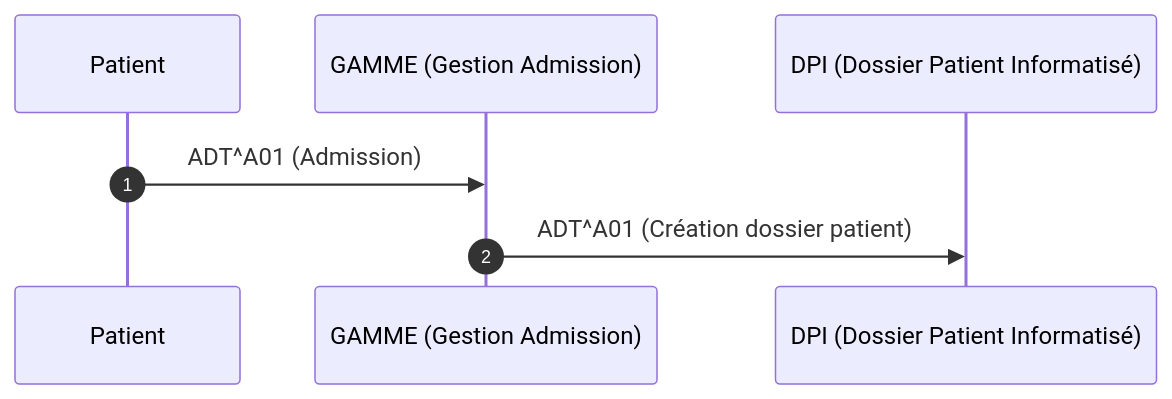
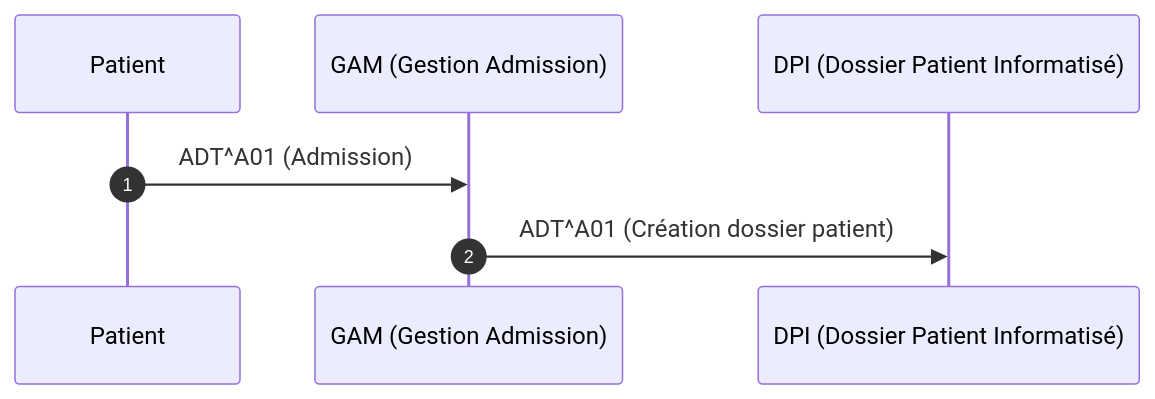
One commit to svoer/pathway changed diagram 12 of 12 in README.md. Above: the diagram before and after it, drawn with Mermaid.

````diff
--- a/README.md
+++ b/README.md
@@ -270,9 +270,9 @@
 ```mermaid
 sequenceDiagram
   autonumber
   participant Patient
-  participant GAMME as GAMME (Gestion Admission)
+  participant GAM as GAM (Gestion Admission)
   participant DPI as DPI (Dossier Patient Informatisé)
-  Patient->>GAMME: ADT^A01 (Admission)
-  GAMME->>DPI: ADT^A01 (Création dossier patient)
+  Patient->>GAM: ADT^A01 (Admission)
+  GAM->>DPI: ADT^A01 (Création dossier patient)
 ```
````
